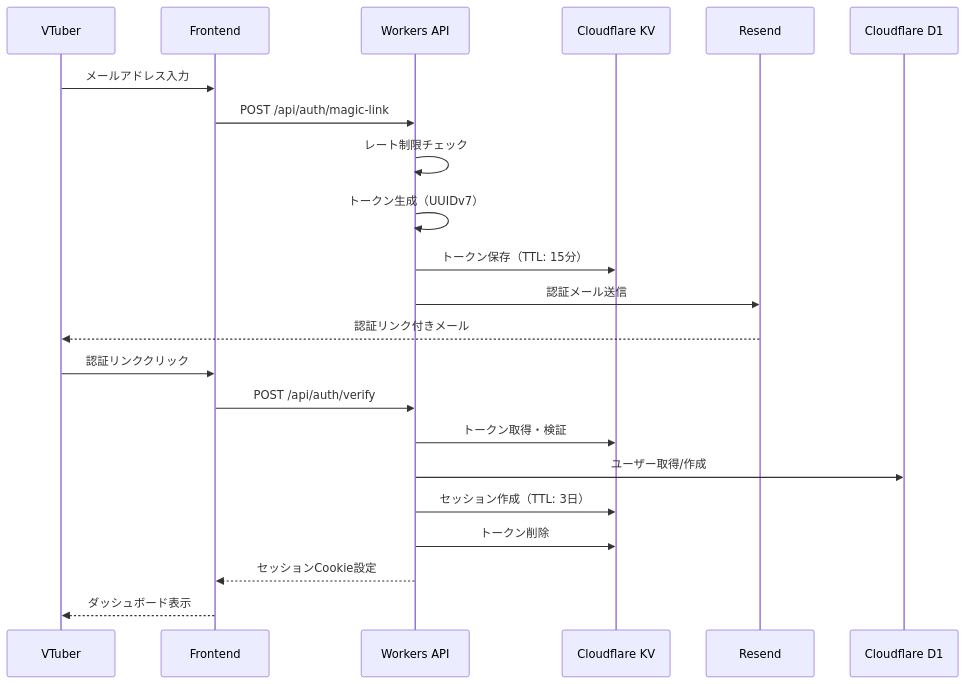
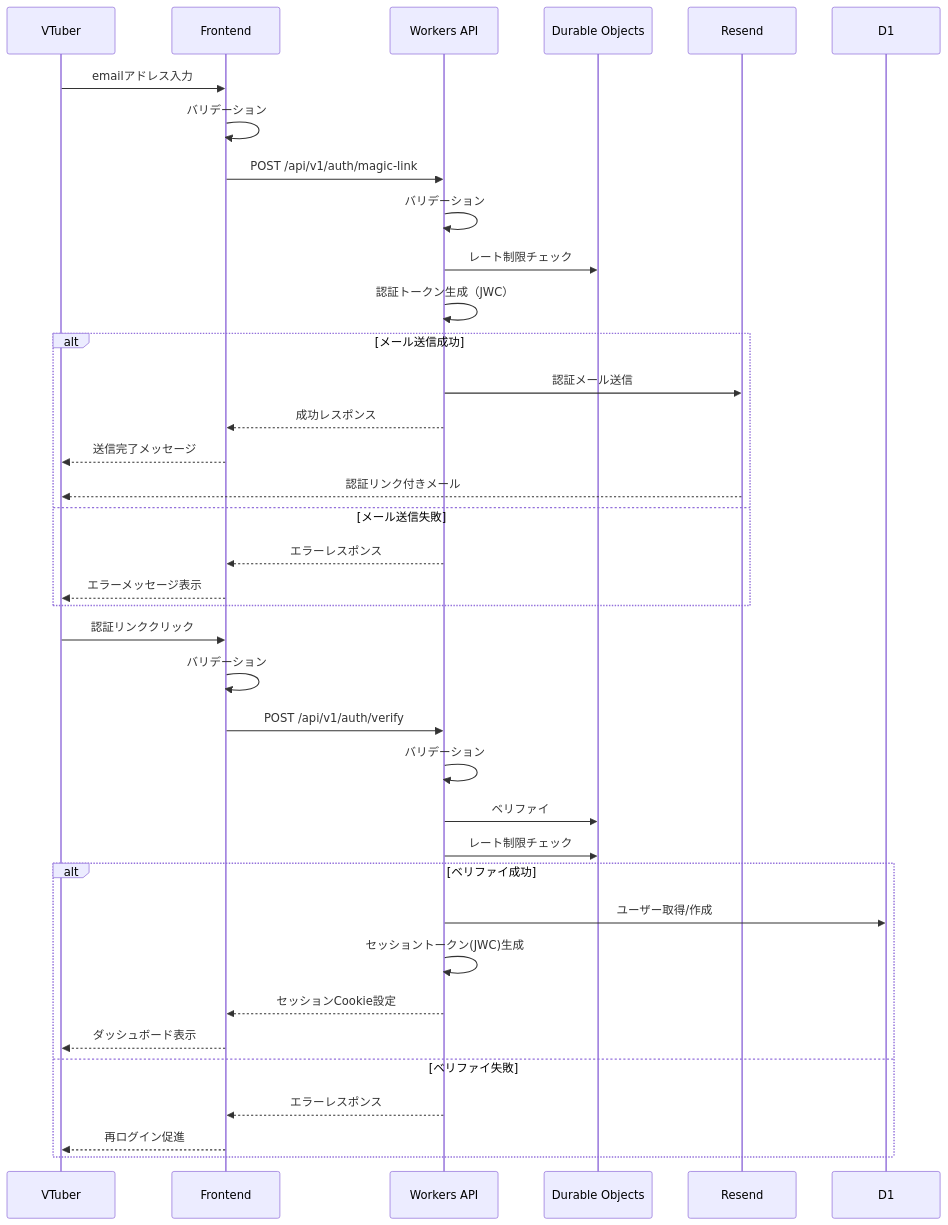
The fifth of 12 diagrams in doc/devel/PHASE_01/01_05_FUNCTIONAL_SPEC.md (osawa-naotaka/vtunehub), drawn with Mermaid before and after one commit. The commit also changed other lines of this file and 1 other file, not shown here.

````diff
--- a/doc/devel/PHASE_01/01_05_FUNCTIONAL_SPEC.md
+++ b/doc/devel/PHASE_01/01_05_FUNCTIONAL_SPEC.md
@@ -320,25 +183,43 @@
 ```mermaid
 sequenceDiagram
     participant V as VTuber
     participant UI as Frontend
     participant API as Workers API
-    participant KV as Cloudflare KV
+    participant DO as Durable Objects
     participant Email as Resend
-    participant D1 as Cloudflare D1
+    participant D1 as D1
 
-    V->>UI: メールアドレス入力
-    UI->>API: POST /api/auth/magic-link
-    API->>API: レート制限チェック
-    API->>API: トークン生成（UUIDv7）
-    API->>KV: トークン保存（TTL: 15分）
-    API->>Email: 認証メール送信
-    Email-->>V: 認証リンク付きメール
+    V->>UI: emailアドレス入力
+    UI->>UI: バリデーション
+    UI->>API: POST /api/v1/auth/magic-link
+    API->>API: バリデーション
+    API->>DO: レート制限チェック
+    API->>API: 認証トークン生成（JWC）
+    
+    alt メール送信成功
+        API->>Email: 認証メール送信
+        API-->>UI: 成功レスポンス
+        UI-->>V: 送信完了メッセージ
+        Email-->>V: 認証リンク付きメール
+    else メール送信失敗
+        API-->>UI: エラーレスポンス
+        UI-->>V: エラーメッセージ表示
+    end
+    
     V->>UI: 認証リンククリック
-    UI->>API: POST /api/auth/verify
-    API->>KV: トークン取得・検証
-    API->>D1: ユーザー取得/作成
-    API->>KV: セッション作成（TTL: 3日）
-    API->>KV: トークン削除
-    API-->>UI: セッションCookie設定
-    UI-->>V: ダッシュボード表示
+    UI->>UI: バリデーション
+    UI->>API: POST /api/v1/auth/verify
+    API->>API: バリデーション
+    API->>DO: ベリファイ
+    API->>DO: レート制限チェック
+    
+    alt ベリファイ成功
+        API->>D1: ユーザー取得/作成
+        API->>API: セッショントークン(JWC)生成
+        API-->>UI: セッションCookie設定
+        UI-->>V: ダッシュボード表示
+    else ベリファイ失敗
+        API-->>UI: エラーレスポンス
+        UI-->>V: 再ログイン促進
+    end
 ```
````
